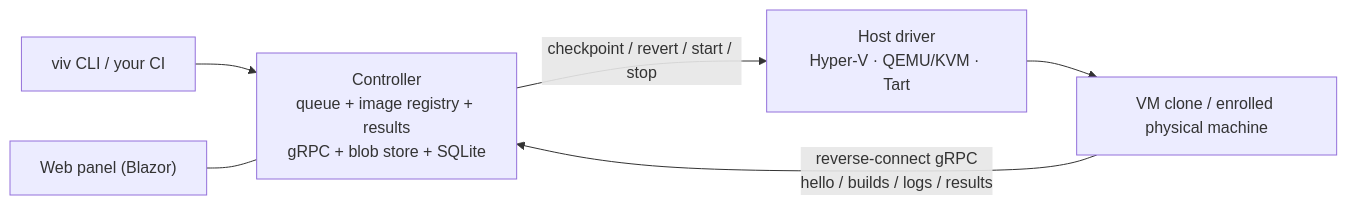
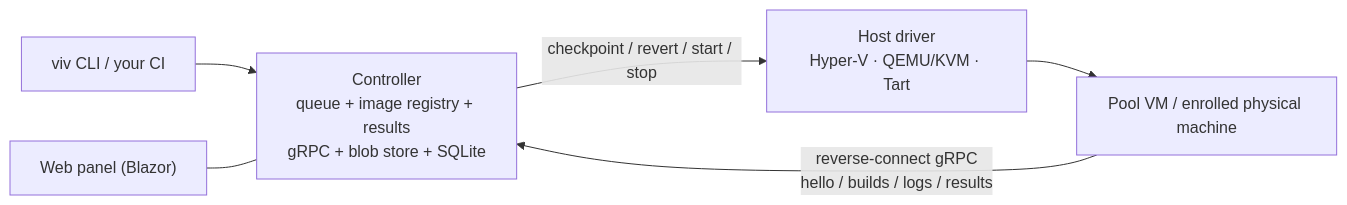
Before and after one commit to iXab3r/Vivarium: the diagram in README.md, drawn with Mermaid. The commit also changed other lines of this file and 5 other files, not shown here.

````diff
--- a/README.md
+++ b/README.md
@@ -25,9 +25,9 @@
 ```mermaid
 flowchart LR
     CLI["viv CLI / your CI"] --> C
     UI["Web panel (Blazor)"] --- C
     C["Controller<br/>queue + image registry + results<br/>gRPC + blob store + SQLite"]
     C -- "checkpoint / revert / start / stop" --> D["Host driver<br/>Hyper-V · QEMU/KVM · Tart"]
-    D --> VM["VM clone / enrolled physical machine"]
+    D --> VM["Pool VM / enrolled physical machine"]
     VM -- "reverse-connect gRPC<br/>hello / builds / logs / results" --> C
 ```
````
